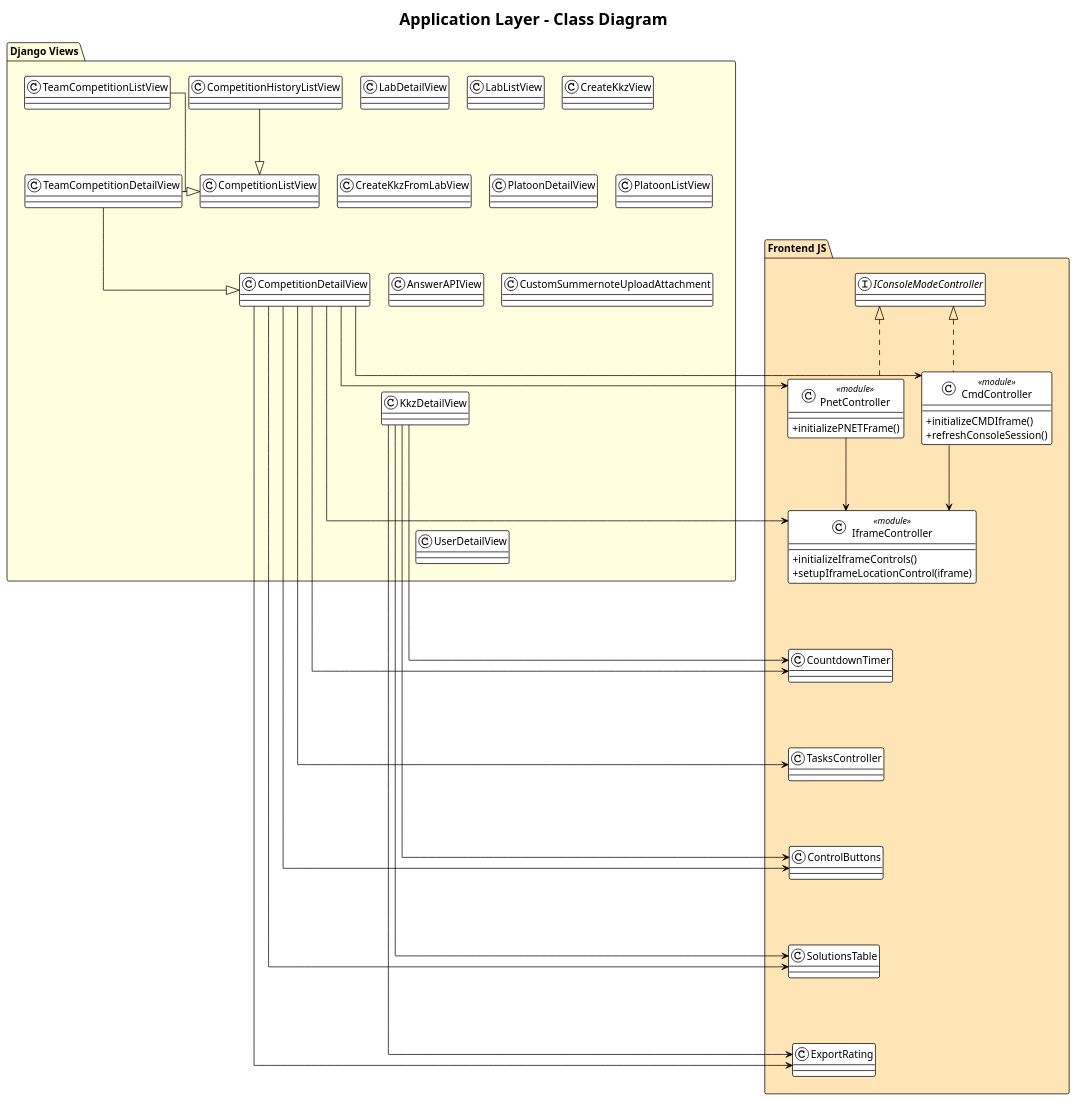
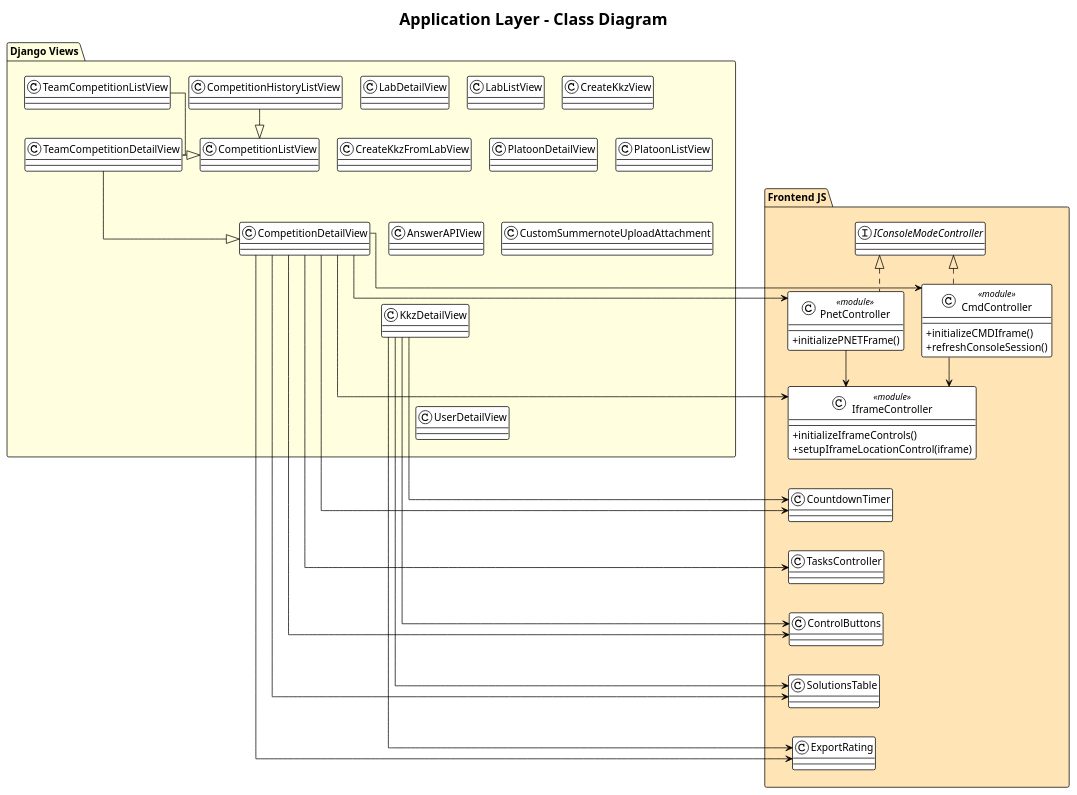
The diagram in Meta Files/application_layer_class_diagram.plantuml (Ohlomonchick/ULK), drawn with PlantUML before and after one commit. The commit also changed 1 other file, not shown here.

Commit message:
edit diagrams a lil bit

```diff
--- a/Meta Files/application_layer_class_diagram.plantuml
+++ b/Meta Files/application_layer_class_diagram.plantuml
@@ -1,89 +1,89 @@
 @startuml application_layer_class_diagram
 !theme plain
 skinparam direction top to bottom
 skinparam classAttributeIconSize 0
 skinparam linetype ortho
-skinparam ranksep 90
+skinparam ranksep 40
 skinparam nodesep 25
 
 title Application Layer - Class Diagram
 
 package "Django Views" as ViewsPkg #LightYellow {
   class LabDetailView
   class LabListView
   class CompetitionListView
   class CompetitionHistoryListView
   class TeamCompetitionListView
   class CompetitionDetailView
   class KkzDetailView
   class TeamCompetitionDetailView
   class CreateKkzView
   class CreateKkzFromLabView
   class PlatoonDetailView
   class PlatoonListView
   class UserDetailView
   class AnswerAPIView
   class CustomSummernoteUploadAttachment
 
   CompetitionListView -[hidden]down-> CompetitionDetailView
   CompetitionDetailView -[hidden]down-> KkzDetailView
   KkzDetailView -[hidden]down-> UserDetailView
 }
 
 package "Frontend JS" as FrontPkg #Moccasin {
   interface IConsoleModeController
 
   class PnetController <<module>> {
     +initializePNETFrame()
   }
 
   class CmdController <<module>> {
     +initializeCMDIframe()
     +refreshConsoleSession()
   }
 
   class IframeController <<module>> {
     +initializeIframeControls()
     +setupIframeLocationControl(iframe)
   }
 
   class CountdownTimer
   class TasksController
   class ControlButtons
   class SolutionsTable
   class ExportRating
 
   IframeController -[hidden]down-> CountdownTimer
   CountdownTimer -[hidden]down-> TasksController
   TasksController -[hidden]down-> ControlButtons
   ControlButtons -[hidden]down-> SolutionsTable
   SolutionsTable -[hidden]down-> ExportRating
 }
 
 ViewsPkg -[hidden]down-> FrontPkg
 
 CompetitionHistoryListView --|> CompetitionListView
 TeamCompetitionListView --|> CompetitionListView
 TeamCompetitionDetailView --|> CompetitionDetailView
 
 IConsoleModeController <|.. PnetController
 IConsoleModeController <|.. CmdController
 
 PnetController --> IframeController
 CmdController --> IframeController
 
 CompetitionDetailView --> CountdownTimer
 CompetitionDetailView --> SolutionsTable
 CompetitionDetailView --> TasksController
 CompetitionDetailView --> ControlButtons
 CompetitionDetailView --> ExportRating
 CompetitionDetailView --> PnetController
 CompetitionDetailView --> CmdController
 CompetitionDetailView --> IframeController
 
 KkzDetailView --> CountdownTimer
 KkzDetailView --> SolutionsTable
 KkzDetailView --> ControlButtons
 KkzDetailView --> ExportRating
 
 @enduml
```
